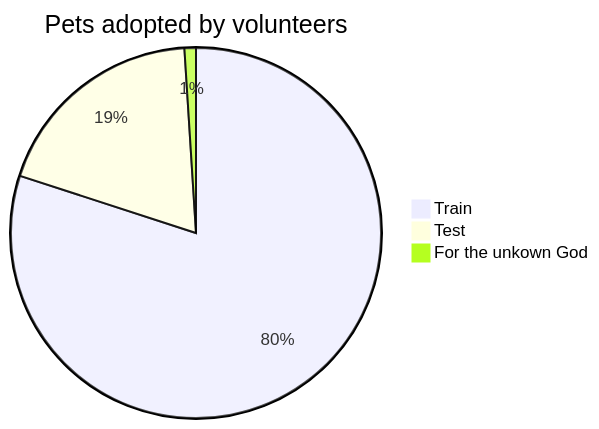
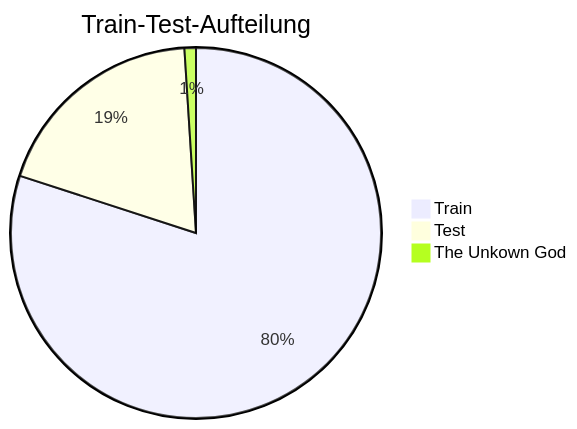
The first of 2 diagrams in 060-tidymodels.qmd (sebastiansauer/datascience1), drawn with Mermaid before and after one commit. The commit also changed other lines of this file and 3 other files, not shown here.

````diff
--- a/060-tidymodels.qmd
+++ b/060-tidymodels.qmd
@@ -123,8 +123,8 @@
 ```{mermaid}
 %%| label: fig-train-pie
-%%| fig-cap: 8"0-20-Aufteilung der Daten in Train- bzw. Test-Sample"
-pie title Pets adopted by volunteers
+%%| fig-cap: "80-20-Aufteilung der Daten in Train- bzw. Test-Sample"
+pie title Train-Test-Aufteilung
     "Train" : 80
     "Test" : 19
-    "For the unkown God": 1
+    "The Unkown God": 1
 ```
````
